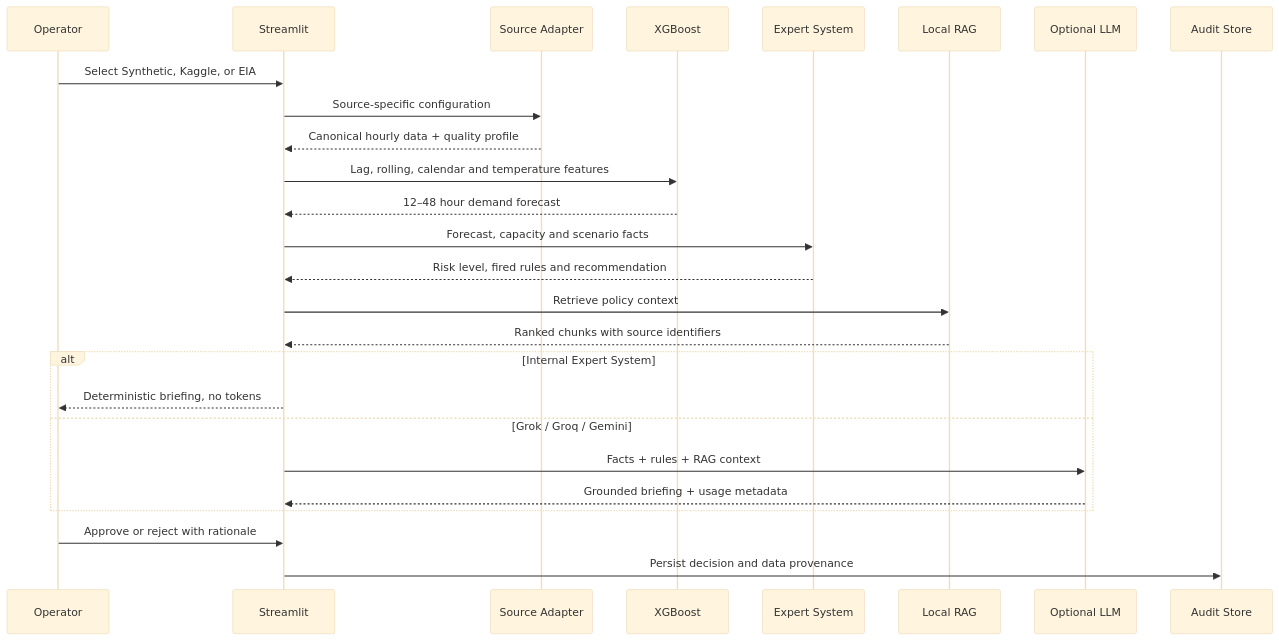
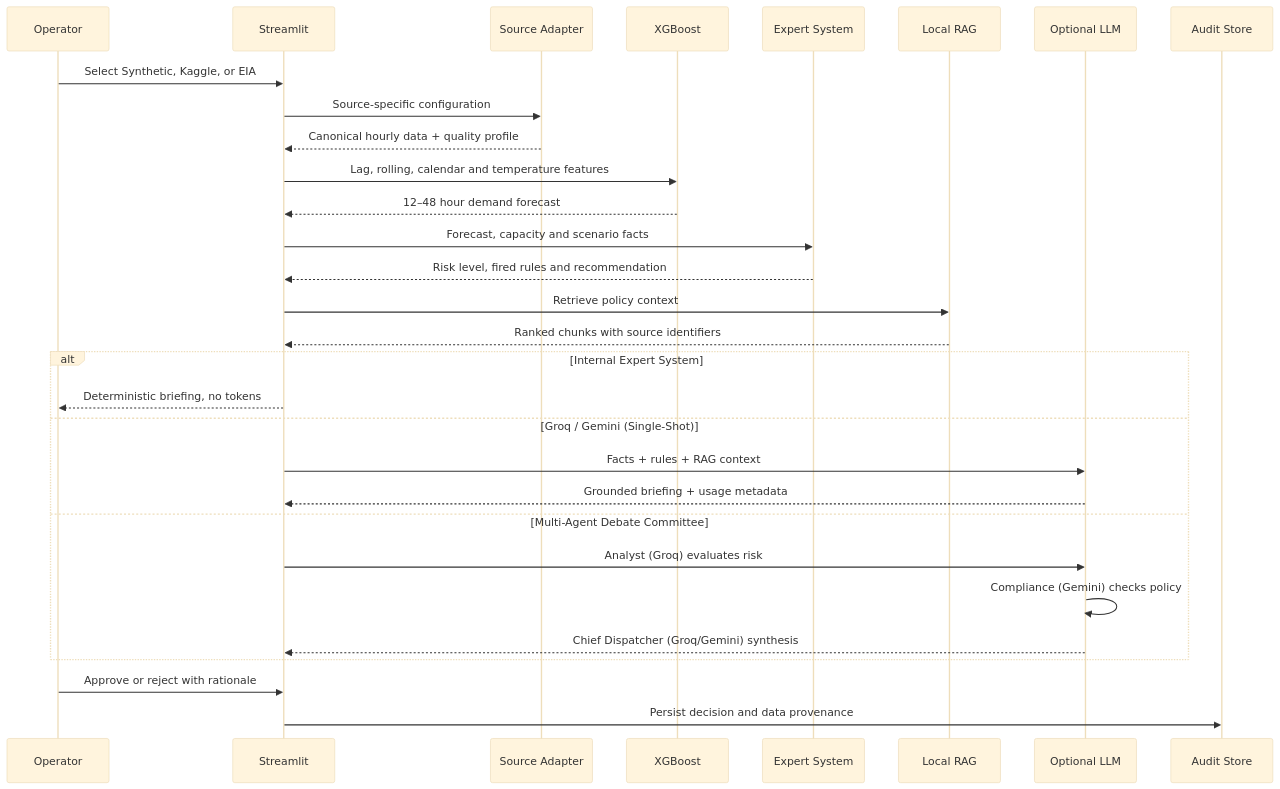
The second of 3 diagrams in README.md (draculess99/GridGuard_AI), drawn with Mermaid (base theme) before and after one commit. The commit also changed other lines of this file, not shown here.

Commit message:
Update README with Multi-Agent Debate Committee documentation

````diff
--- a/README.md
+++ b/README.md
@@ -135,29 +135,33 @@
 ```mermaid
 sequenceDiagram
     participant O as Operator
     participant UI as Streamlit
     participant A as Source Adapter
     participant M as XGBoost
     participant E as Expert System
     participant R as Local RAG
     participant L as Optional LLM
     participant D as Audit Store
 
     O->>UI: Select Synthetic, Kaggle, or EIA
     UI->>A: Source-specific configuration
     A-->>UI: Canonical hourly data + quality profile
     UI->>M: Lag, rolling, calendar and temperature features
     M-->>UI: 12–48 hour demand forecast
     UI->>E: Forecast, capacity and scenario facts
     E-->>UI: Risk level, fired rules and recommendation
     UI->>R: Retrieve policy context
     R-->>UI: Ranked chunks with source identifiers
     alt Internal Expert System
         UI-->>O: Deterministic briefing, no tokens
-    else Grok / Groq / Gemini
+    else Groq / Gemini (Single-Shot)
         UI->>L: Facts + rules + RAG context
         L-->>UI: Grounded briefing + usage metadata
+    else Multi-Agent Debate Committee
+        UI->>L: Analyst (Groq) evaluates risk
+        L->>L: Compliance (Gemini) checks policy
+        L-->>UI: Chief Dispatcher (Groq/Gemini) synthesis
     end
     O->>UI: Approve or reject with rationale
     UI->>D: Persist decision and data provenance
 ```
````
